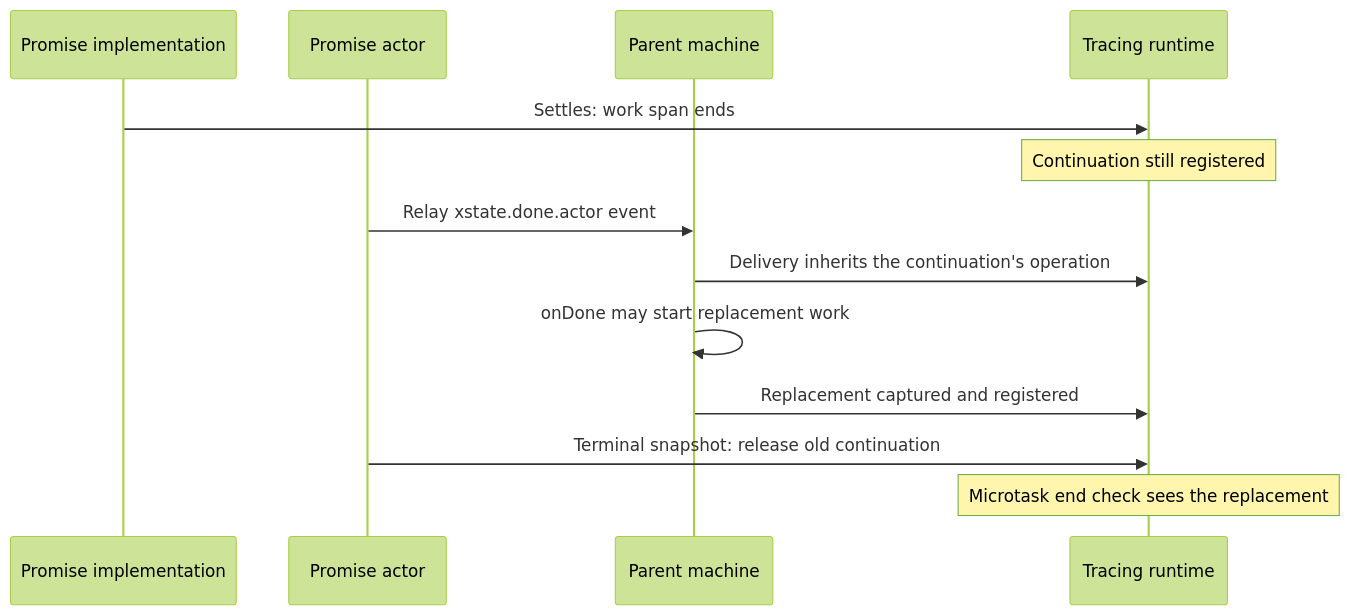
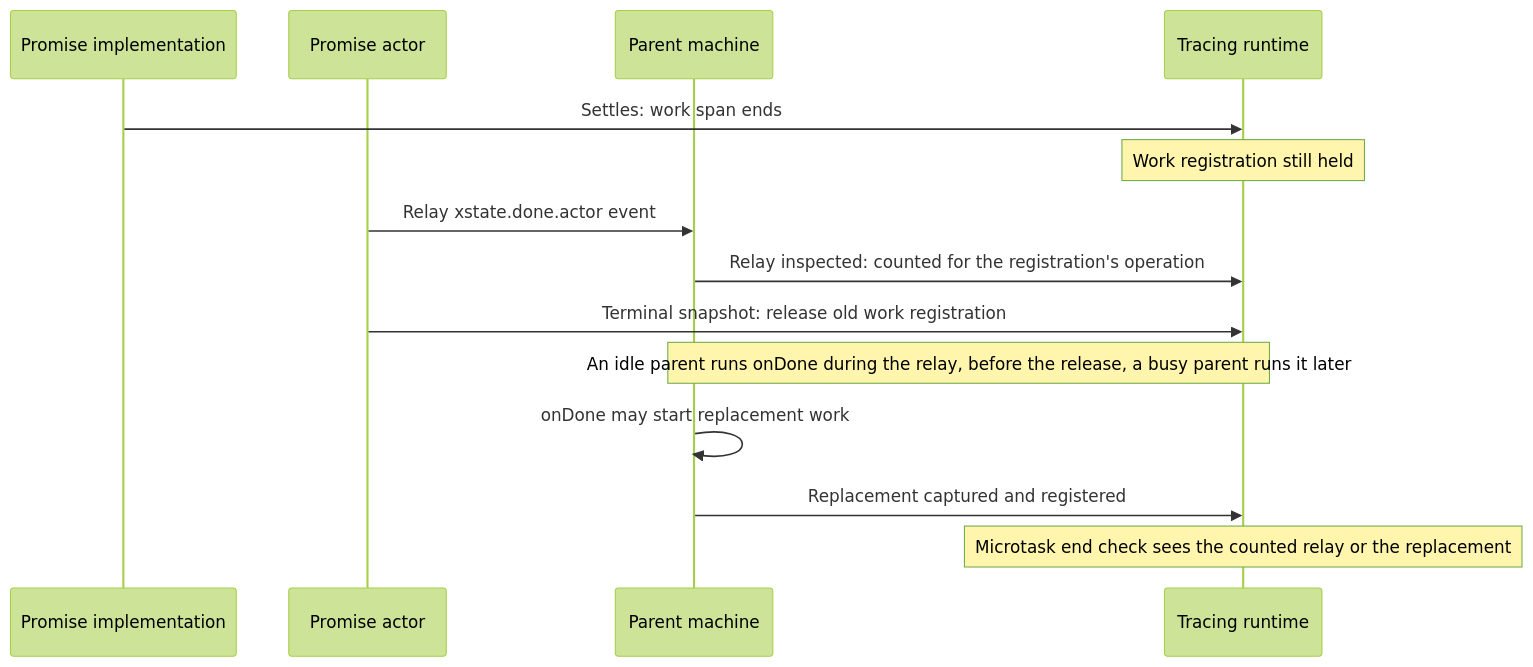
One commit to c0m1t/actorium changed the diagram in docs/xstate-otel/explanation/inspection-and-ordering.md. Above: the diagram before and after it, drawn with Mermaid (forest theme). The commit also changed other lines of this file and 70 other files, not shown here.

````diff
--- a/docs/xstate-otel/explanation/inspection-and-ordering.md
+++ b/docs/xstate-otel/explanation/inspection-and-ordering.md
@@ -62,15 +64,16 @@
 ```mermaid
 sequenceDiagram
   participant W as Promise implementation
   participant C as Promise actor
   participant P as Parent machine
   participant T as Tracing runtime
   W->>T: Settles: work span ends
-  Note over T: Continuation still registered
+  Note over T: Work registration still held
   C->>P: Relay xstate.done.actor event
-  P->>T: Delivery inherits the continuation's operation
+  P->>T: Relay inspected: counted for the registration's operation
+  C->>T: Terminal snapshot: release old work registration
+  Note over P,T: An idle parent runs onDone during the relay, before the release, a busy parent runs it later
   P->>P: onDone may start replacement work
   P->>T: Replacement captured and registered
-  C->>T: Terminal snapshot: release old continuation
-  Note over T: Microtask end check sees the replacement
+  Note over T: Microtask end check sees the counted relay or the replacement
 ```
````
